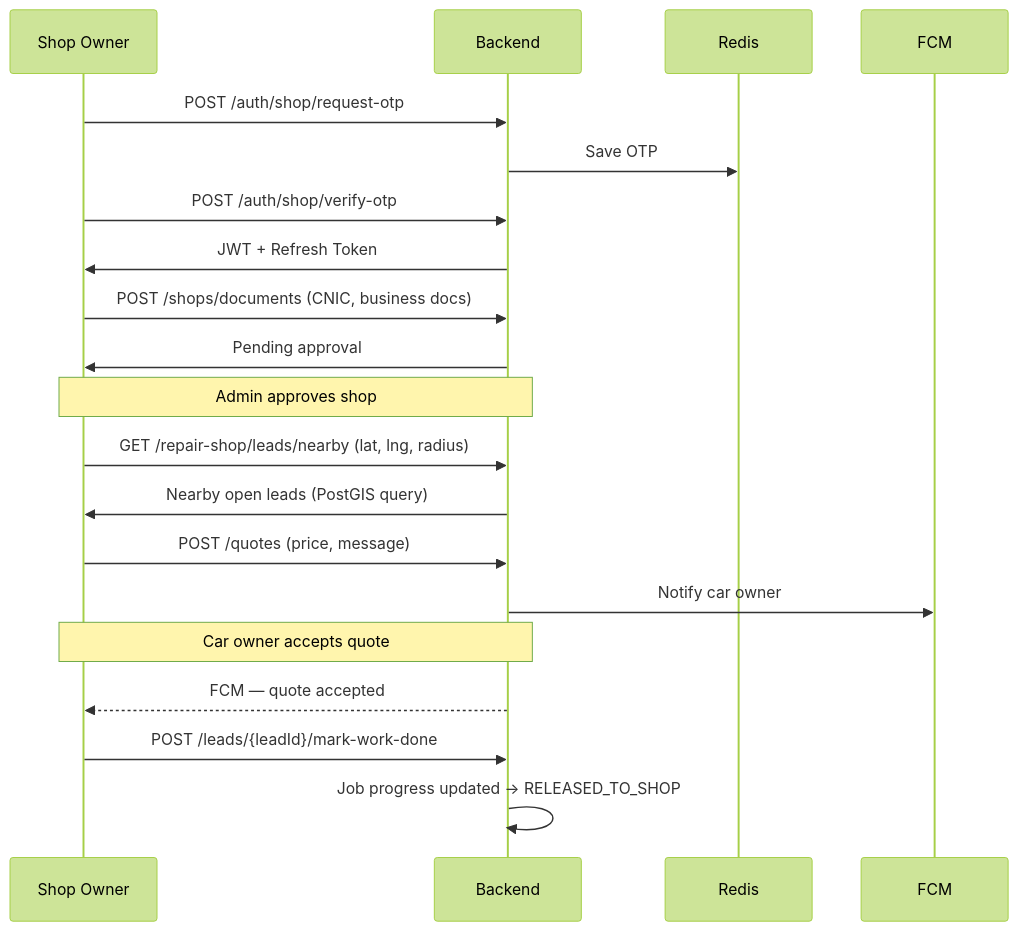
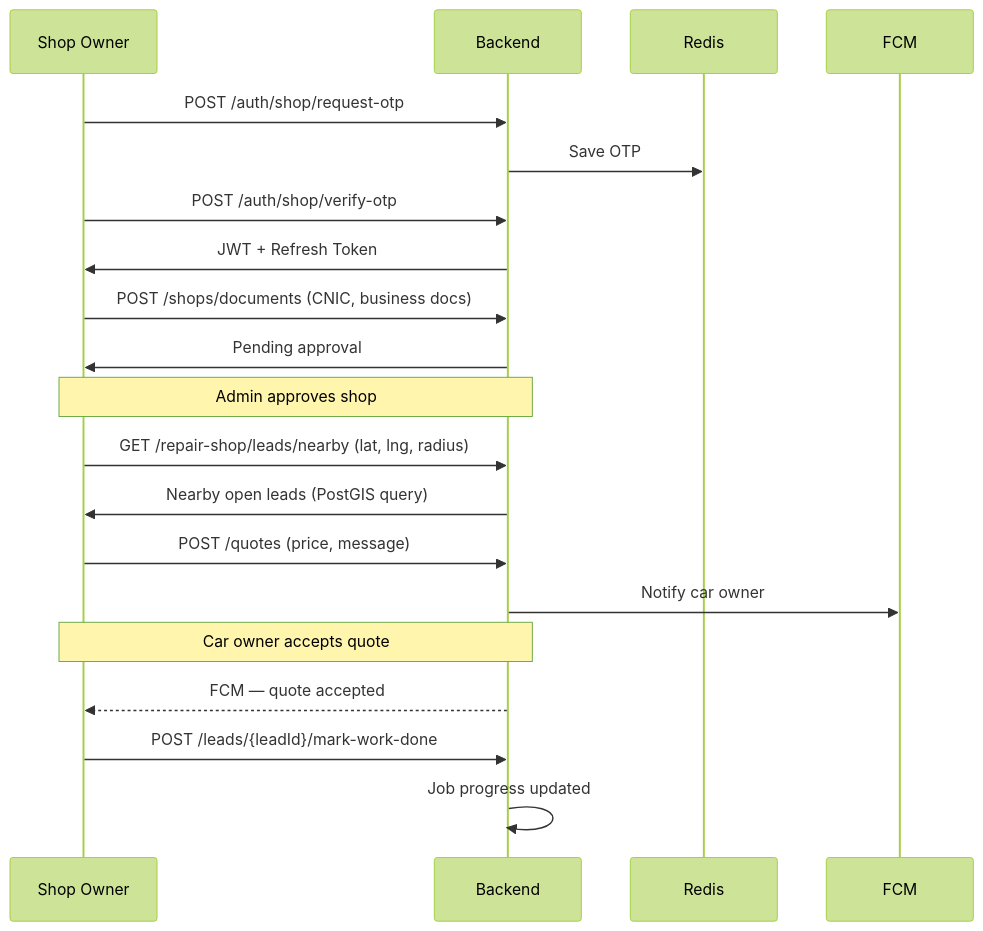
Before and after one commit to ShahidOulanMansha786/repairo-backend: the third of 5 diagrams in README.md, drawn with Mermaid (forest theme). The commit also changed other lines of this file, not shown here.

First line of the commit message:
Revise API endpoints and architecture in README

````diff
--- a/README.md
+++ b/README.md
@@ -81,29 +81,29 @@
 ```mermaid
 sequenceDiagram
     participant SO as Shop Owner
     participant BE as Backend
     participant Redis
     participant FCM
 
     SO->>BE: POST /auth/shop/request-otp
     BE->>Redis: Save OTP
     SO->>BE: POST /auth/shop/verify-otp
     BE->>SO: JWT + Refresh Token
 
     SO->>BE: POST /shops/documents (CNIC, business docs)
     BE->>SO: Pending approval
 
     Note over SO,BE: Admin approves shop
 
     SO->>BE: GET /repair-shop/leads/nearby (lat, lng, radius)
     BE->>SO: Nearby open leads (PostGIS query)
 
     SO->>BE: POST /quotes (price, message)
     BE->>FCM: Notify car owner
 
     Note over SO,BE: Car owner accepts quote
 
     BE-->>SO: FCM — quote accepted
     SO->>BE: POST /leads/{leadId}/mark-work-done
-    BE->>BE: Job progress updated → RELEASED_TO_SHOP
+    BE->>BE: Job progress updated
 ```
````
